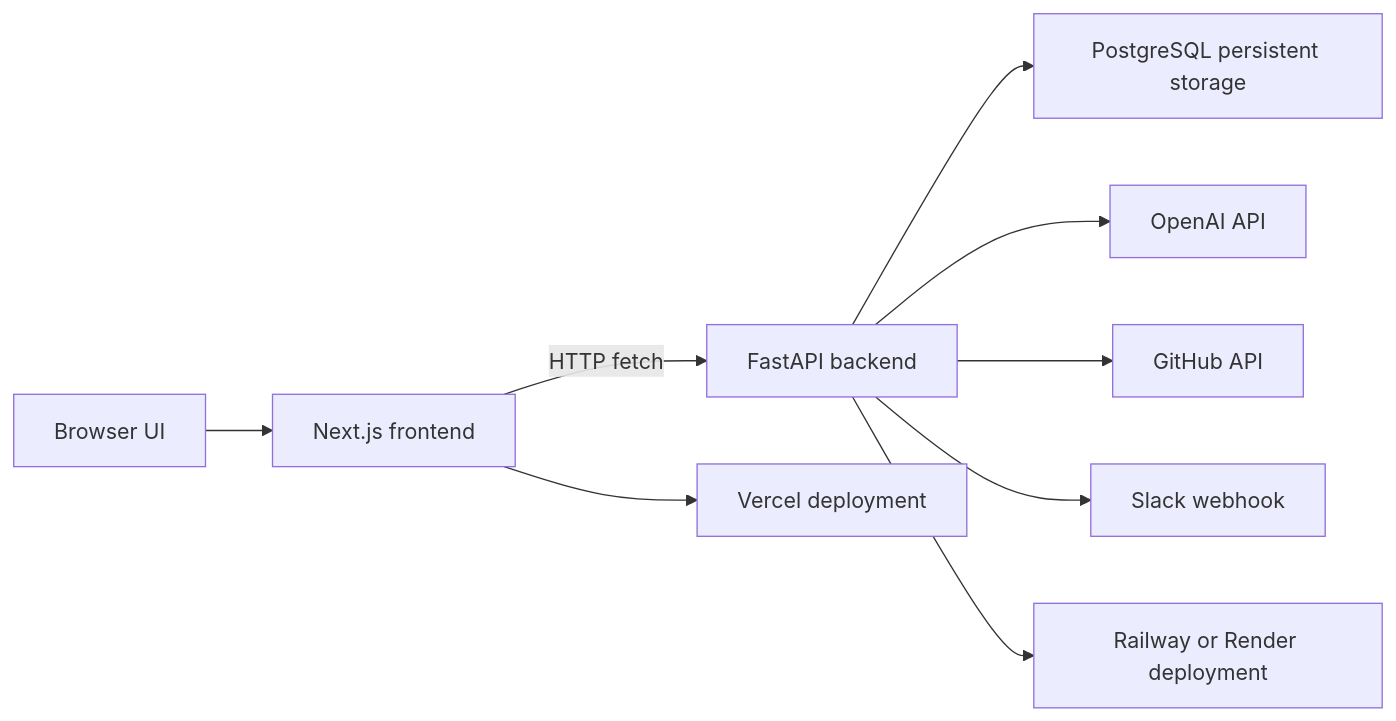
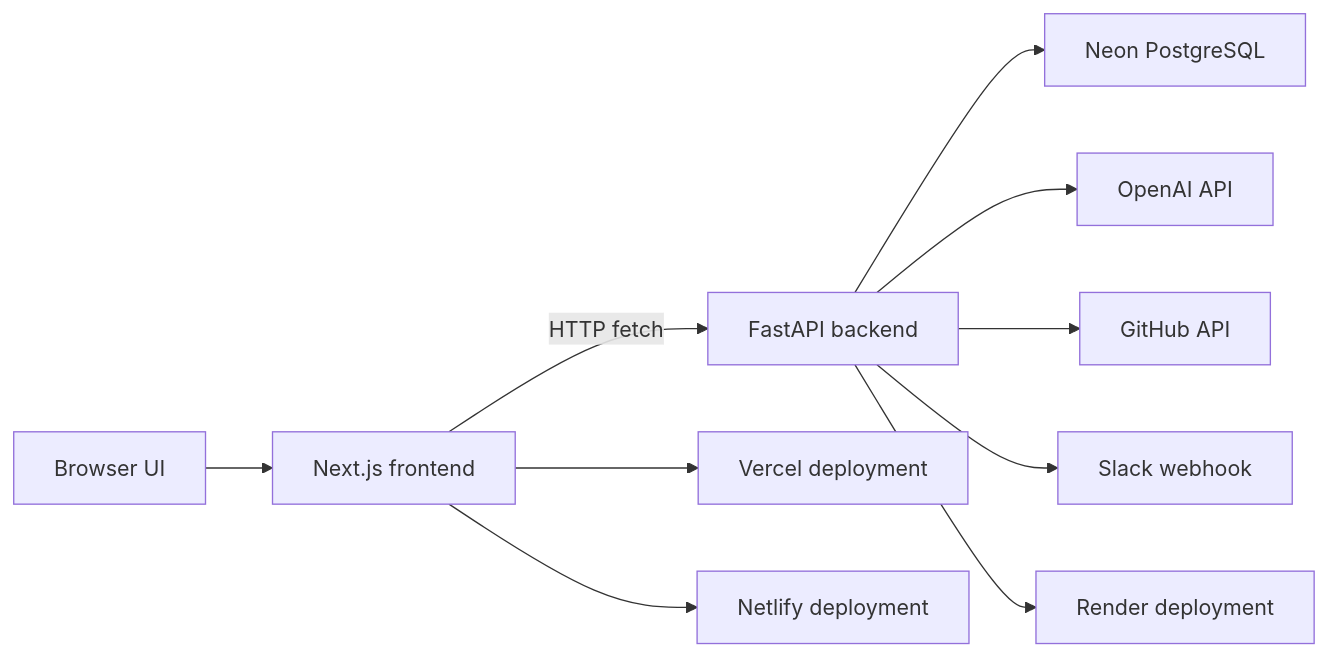
Before and after one commit to pavansai20052004-hue/DEVPILOT-AI: the diagram in README.md, drawn with Mermaid. The commit also changed other lines of this file and 21 other files, not shown here.

````diff
--- a/README.md
+++ b/README.md
@@ -11,11 +11,12 @@
 ```mermaid
 flowchart LR
   Browser["Browser UI"] --> Frontend["Next.js frontend"]
   Frontend -->|HTTP fetch| Backend["FastAPI backend"]
-  Backend --> Postgres["PostgreSQL persistent storage"]
+  Backend --> Neon["Neon PostgreSQL"]
   Backend --> OpenAI["OpenAI API"]
   Backend --> GitHub["GitHub API"]
   Backend --> Slack["Slack webhook"]
   Frontend --> Vercel["Vercel deployment"]
-  Backend --> Railway["Railway or Render deployment"]
+  Frontend --> Netlify["Netlify deployment"]
+  Backend --> Render["Render deployment"]
 ```
````
